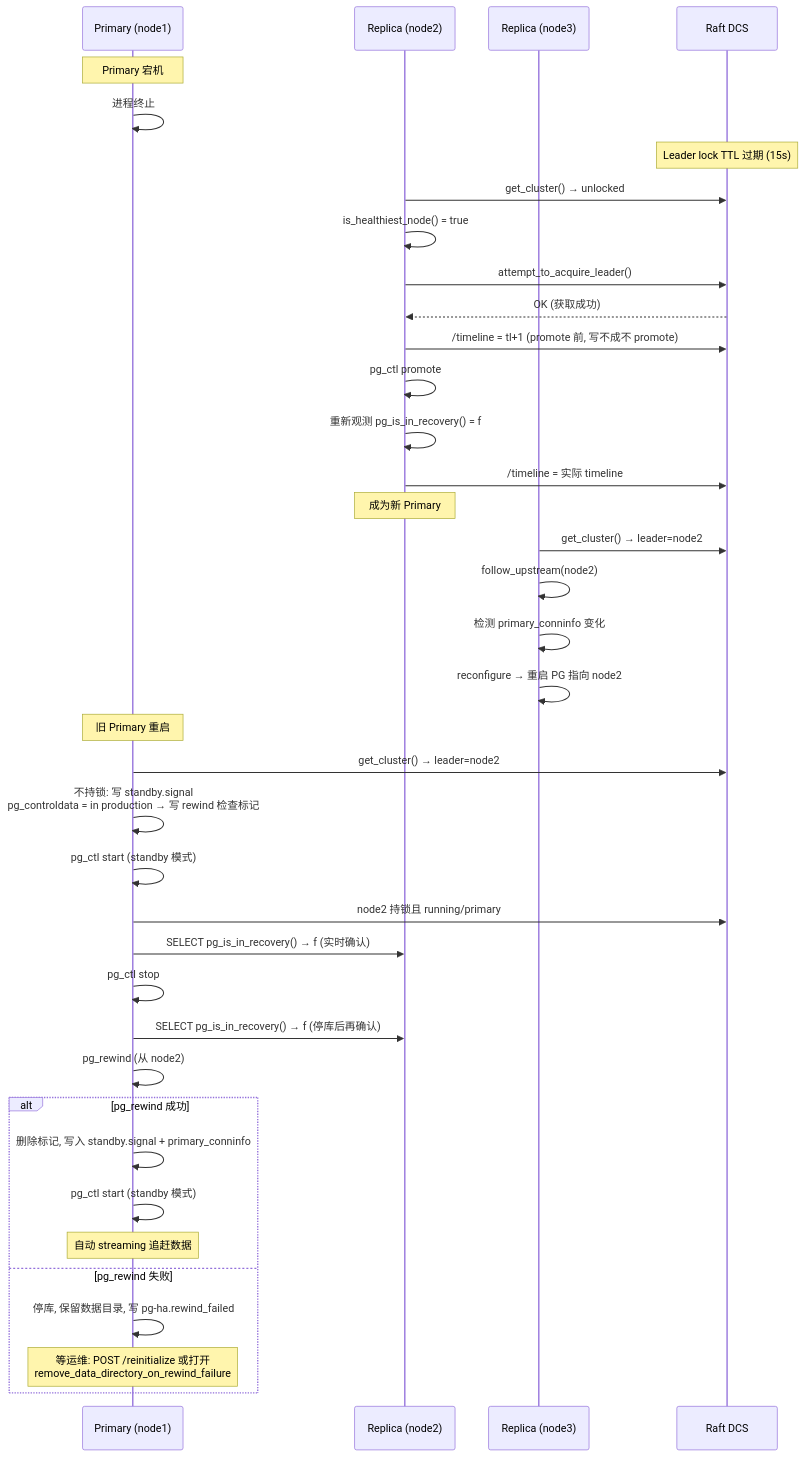
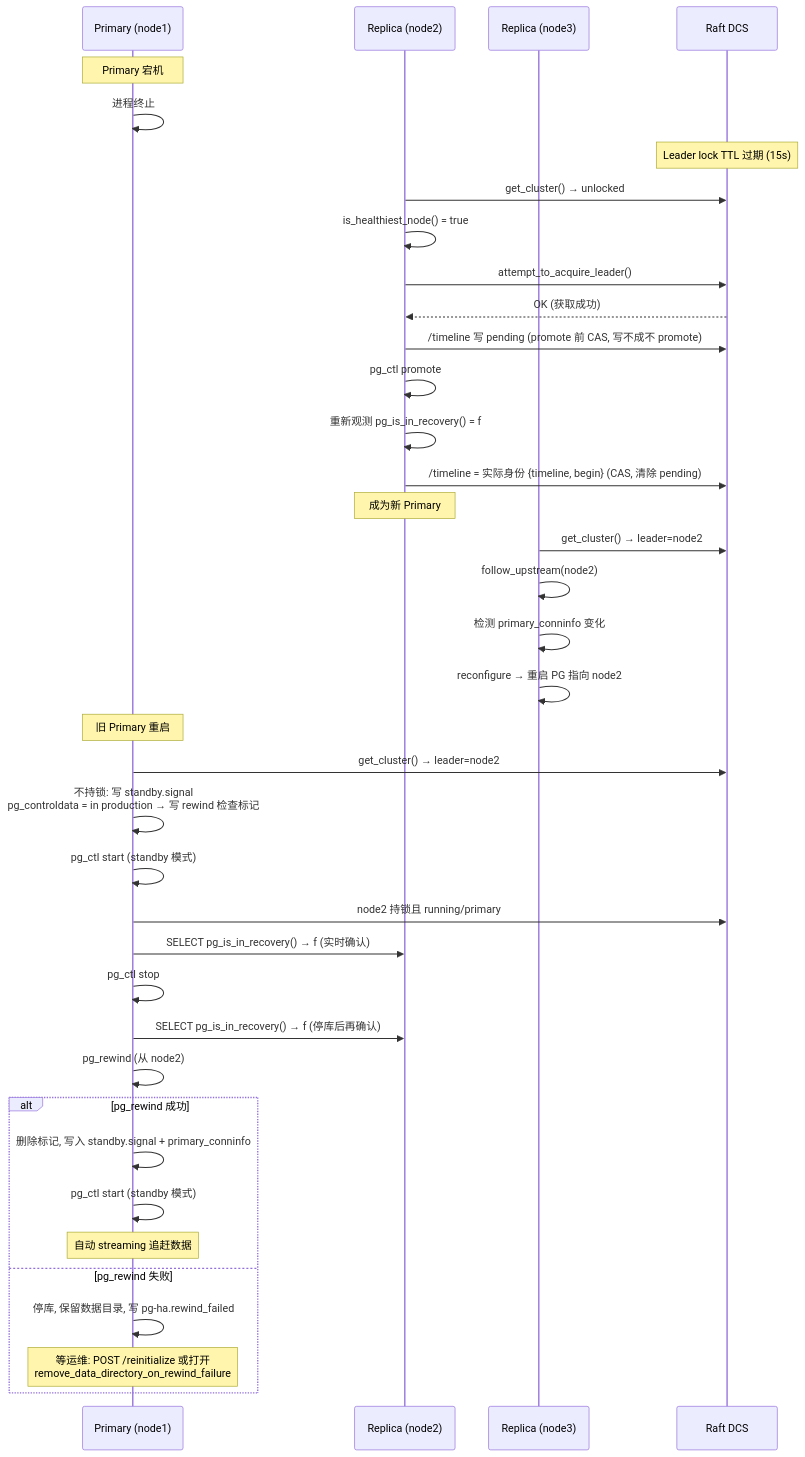
The fourth of 11 diagrams in docs/pg-ha-architecture.md (seraphico/pg-ha), drawn with Mermaid before and after one commit. The commit also changed other lines of this file and 19 other files, not shown here.

````diff
--- a/docs/pg-ha-architecture.md
+++ b/docs/pg-ha-architecture.md
@@ -82,44 +84,44 @@
 ```mermaid
 sequenceDiagram
     participant P as Primary (node1)
     participant R1 as Replica (node2)
     participant R2 as Replica (node3)
     participant DCS as Raft DCS
 
     Note over P: Primary 宕机
     P->>P: 进程终止
 
     Note over DCS: Leader lock TTL 过期 (15s)
     R1->>DCS: get_cluster() → unlocked
     R1->>R1: is_healthiest_node() = true
     R1->>DCS: attempt_to_acquire_leader()
     DCS-->>R1: OK (获取成功)
-    R1->>DCS: /timeline = tl+1 (promote 前, 写不成不 promote)
+    R1->>DCS: /timeline 写 pending (promote 前 CAS, 写不成不 promote)
     R1->>R1: pg_ctl promote
     R1->>R1: 重新观测 pg_is_in_recovery() = f
-    R1->>DCS: /timeline = 实际 timeline
+    R1->>DCS: /timeline = 实际身份 {timeline, begin} (CAS, 清除 pending)
     Note over R1: 成为新 Primary
 
     R2->>DCS: get_cluster() → leader=node2
     R2->>R2: follow_upstream(node2)
     R2->>R2: 检测 primary_conninfo 变化
     R2->>R2: reconfigure → 重启 PG 指向 node2
 
     Note over P: 旧 Primary 重启
     P->>DCS: get_cluster() → leader=node2
     P->>P: 不持锁: 写 standby.signal<br/>pg_controldata = in production → 写 rewind 检查标记
     P->>P: pg_ctl start (standby 模式)
     P->>DCS: node2 持锁且 running/primary
     P->>R1: SELECT pg_is_in_recovery() → f (实时确认)
     P->>P: pg_ctl stop
     P->>R1: SELECT pg_is_in_recovery() → f (停库后再确认)
     P->>P: pg_rewind (从 node2)
     alt pg_rewind 成功
         P->>P: 删除标记, 写入 standby.signal + primary_conninfo
         P->>P: pg_ctl start (standby 模式)
         Note over P: 自动 streaming 追赶数据
     else pg_rewind 失败
         P->>P: 停库, 保留数据目录, 写 pg-ha.rewind_failed
         Note over P: 等运维: POST /reinitialize 或打开<br/>remove_data_directory_on_rewind_failure
     end
 ```
````
